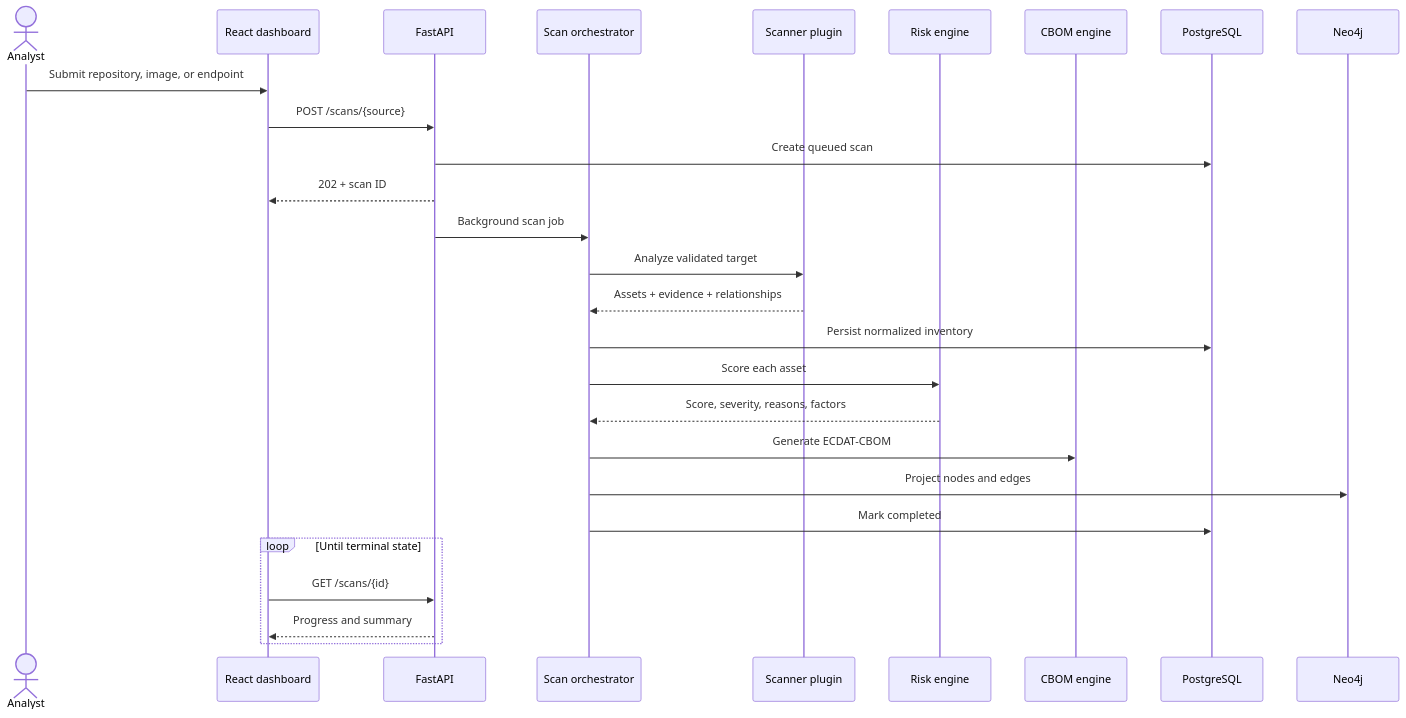
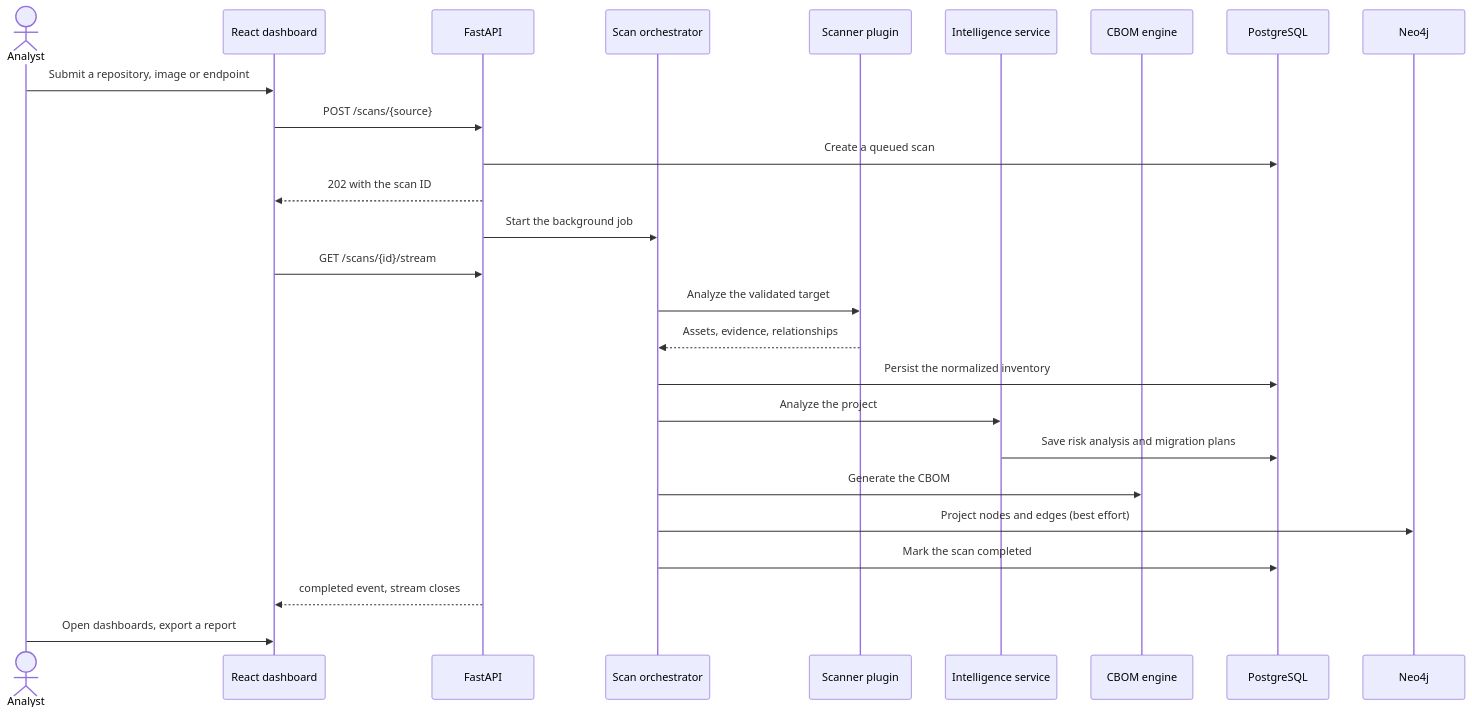
Before and after one commit to ROHIT-JR/enterprise-cryptographic-risk-platform: the fifth of 8 diagrams in docs/architecture.md, drawn with Mermaid. The commit also changed other lines of this file and 46 other files, not shown here.

First line of the commit message:
docs: OpenAPI, architecture diagrams, API guide and developer setup (#28) (#65)

````diff
--- a/docs/architecture.md
+++ b/docs/architecture.md
@@ -60,30 +164,29 @@
 ```mermaid
 sequenceDiagram
     actor Analyst
     participant UI as React dashboard
     participant API as FastAPI
     participant Job as Scan orchestrator
     participant Plugin as Scanner plugin
-    participant Risk as Risk engine
+    participant Intel as Intelligence service
     participant CBOM as CBOM engine
     participant PG as PostgreSQL
     participant Neo as Neo4j
 
-    Analyst->>UI: Submit repository, image, or endpoint
+    Analyst->>UI: Submit a repository, image or endpoint
     UI->>API: POST /scans/{source}
-    API->>PG: Create queued scan
-    API-->>UI: 202 + scan ID
-    API->>Job: Background scan job
-    Job->>Plugin: Analyze validated target
-    Plugin-->>Job: Assets + evidence + relationships
-    Job->>PG: Persist normalized inventory
-    Job->>Risk: Score each asset
-    Risk-->>Job: Score, severity, reasons, factors
-    Job->>CBOM: Generate ECDAT-CBOM
-    Job->>Neo: Project nodes and edges
-    Job->>PG: Mark completed
-    loop Until terminal state
-        UI->>API: GET /scans/{id}
-        API-->>UI: Progress and summary
-    end
+    API->>PG: Create a queued scan
+    API-->>UI: 202 with the scan ID
+    API->>Job: Start the background job
+    UI->>API: GET /scans/{id}/stream
+    Job->>Plugin: Analyze the validated target
+    Plugin-->>Job: Assets, evidence, relationships
+    Job->>PG: Persist the normalized inventory
+    Job->>Intel: Analyze the project
+    Intel->>PG: Save risk analysis and migration plans
+    Job->>CBOM: Generate the CBOM
+    Job->>Neo: Project nodes and edges (best effort)
+    Job->>PG: Mark the scan completed
+    API-->>UI: completed event, stream closes
+    Analyst->>UI: Open dashboards, export a report
 ```
````
